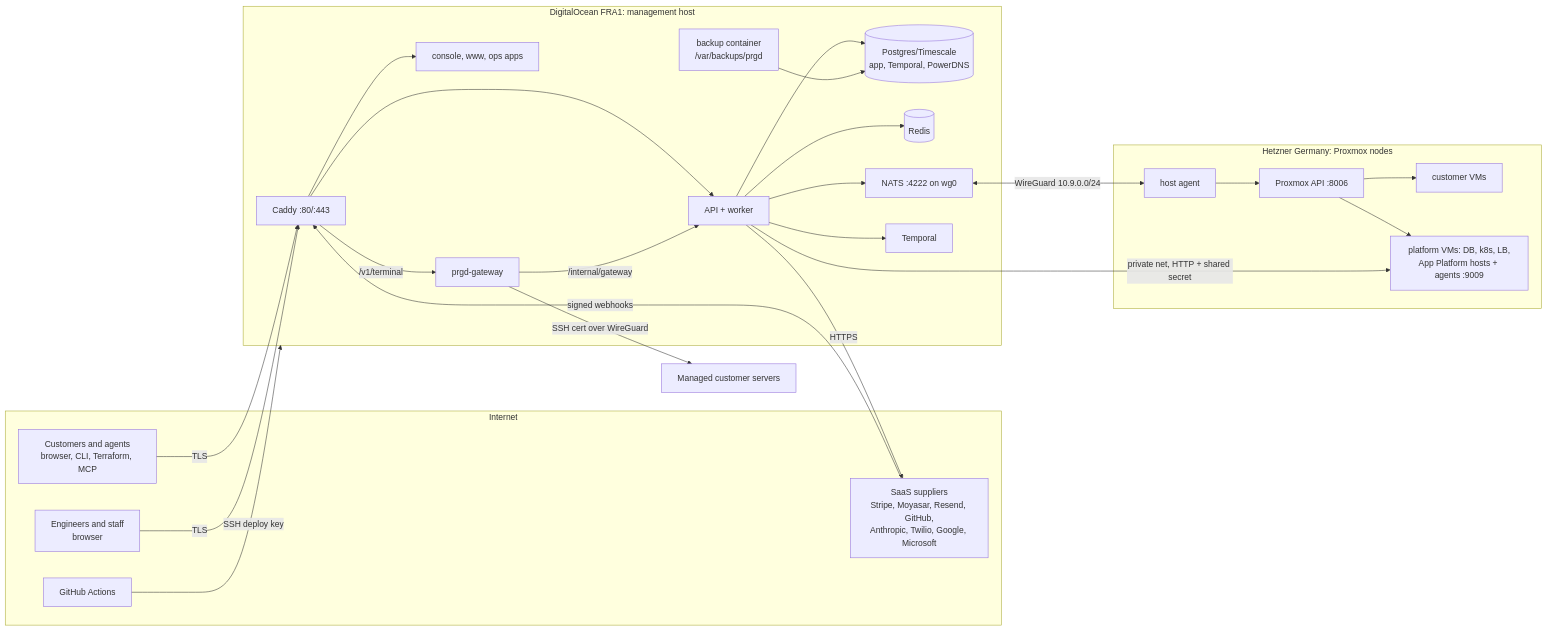
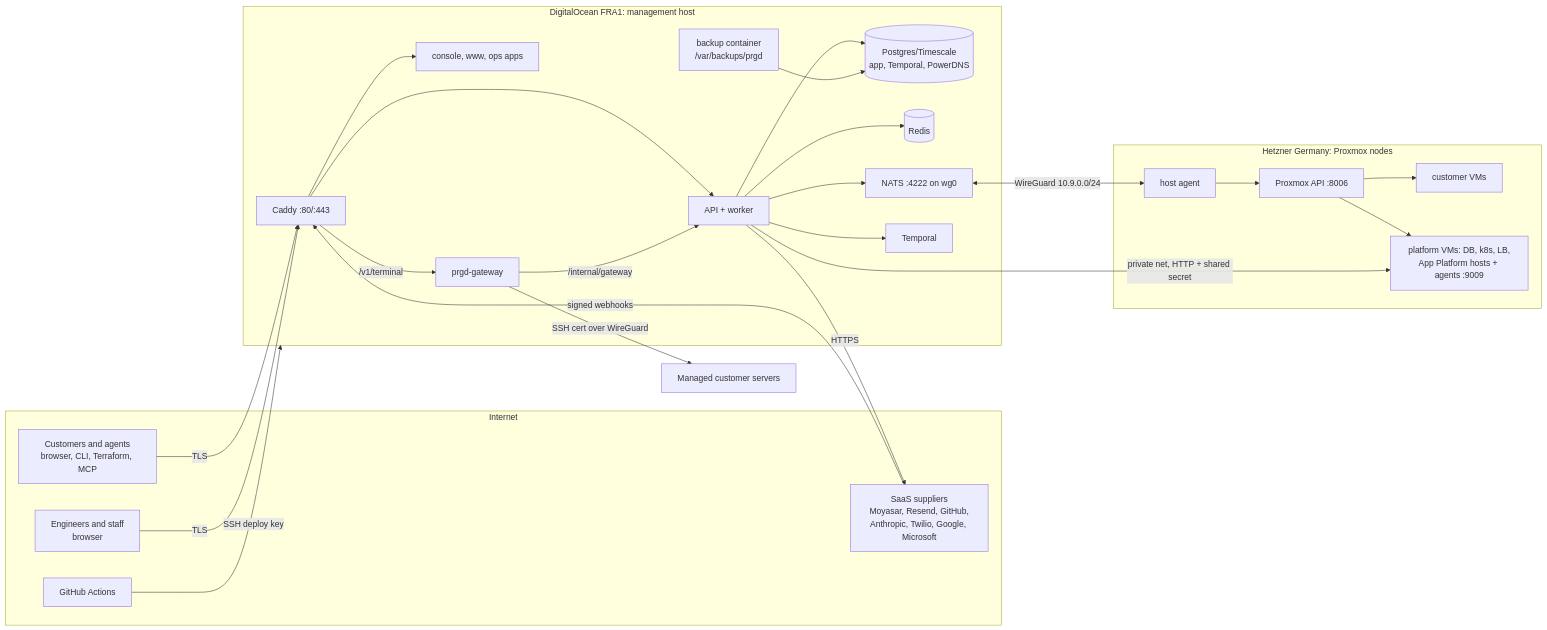
Before and after one commit to sharpyassir/Progrid: the diagram in docs/security/threat-model.md, drawn with Mermaid. The commit also changed other lines of this file and 133 other files, not shown here.

````diff
--- a/docs/security/threat-model.md
+++ b/docs/security/threat-model.md
@@ -19,46 +19,46 @@
 ```mermaid
 flowchart LR
   subgraph Internet
     U[Customers and agents<br/>browser, CLI, Terraform, MCP]
     E[Engineers and staff<br/>browser]
-    SaaS[SaaS suppliers<br/>Stripe, Moyasar, Resend, GitHub,<br/>Anthropic, Twilio, Google, Microsoft]
+    SaaS[SaaS suppliers<br/>Moyasar, Resend, GitHub,<br/>Anthropic, Twilio, Google, Microsoft]
     GH[GitHub Actions]
   end
   subgraph DO[DigitalOcean FRA1: management host]
     C[Caddy :80/:443]
     API[API + worker]
     UI[console, www, ops apps]
     GW[prgd-gateway]
     PG[(Postgres/Timescale<br/>app, Temporal, PowerDNS)]
     R[(Redis)]
     N[NATS :4222 on wg0]
     T[Temporal]
     BK[backup container<br/>/var/backups/prgd]
   end
   subgraph HZ[Hetzner Germany: Proxmox nodes]
     HA[host agent]
     PVE[Proxmox API :8006]
     VM[customer VMs]
     PV[platform VMs: DB, k8s, LB,<br/>App Platform hosts + agents :9009]
   end
   MA[Managed customer servers]
   U -->|TLS| C
   E -->|TLS| C
   C --> UI
   C --> API
   C -->|/v1/terminal| GW
   API --> PG
   API --> R
   API --> T
   API --> N
   API -->|HTTPS| SaaS
   SaaS -->|signed webhooks| C
   GW -->|/internal/gateway| API
   N <-->|WireGuard 10.9.0.0/24| HA
   HA --> PVE --> VM
   PVE --> PV
   API -->|private net, HTTP + shared secret| PV
   GW -->|SSH cert over WireGuard| MA
   GH -->|SSH deploy key| DO
   BK --> PG
 ```
````
